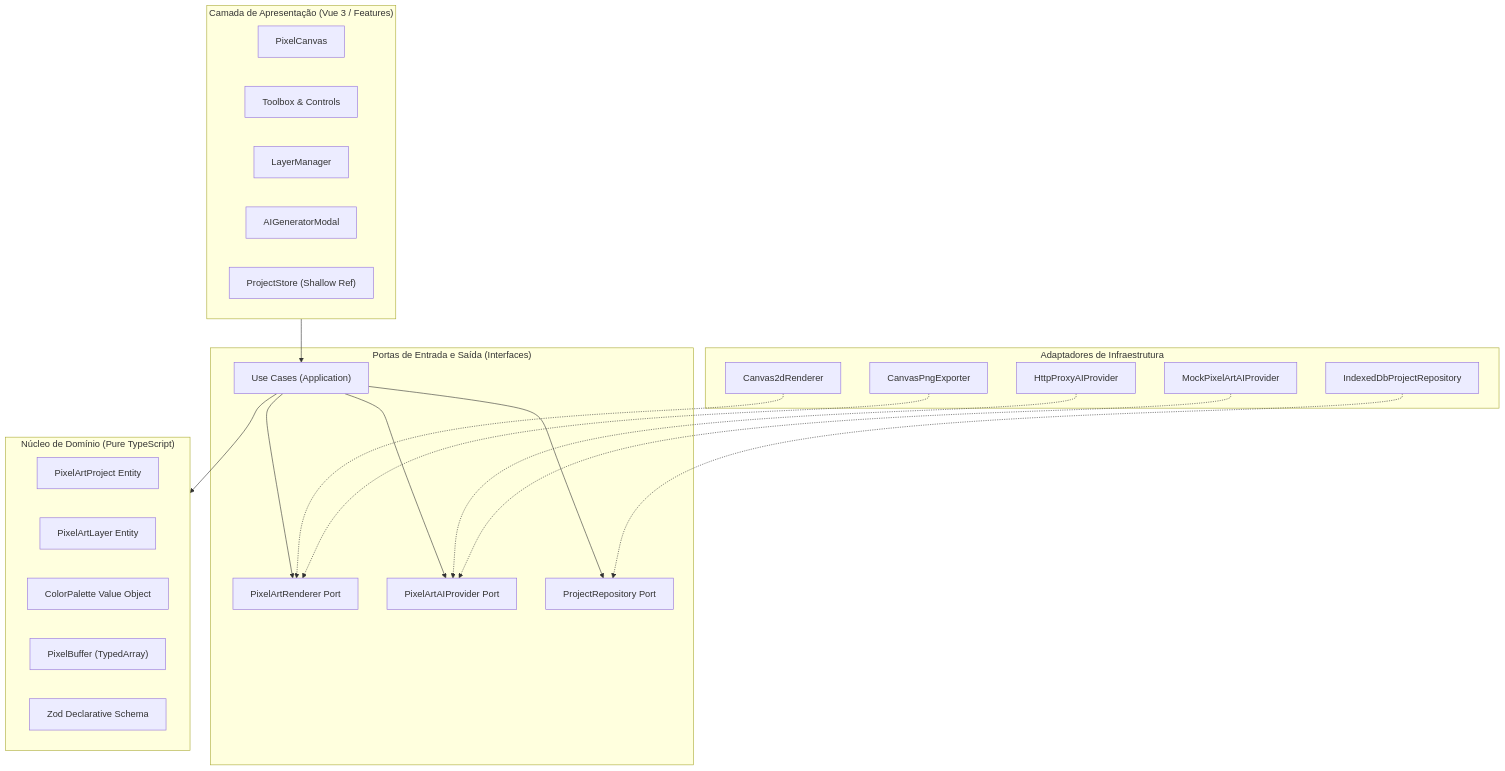
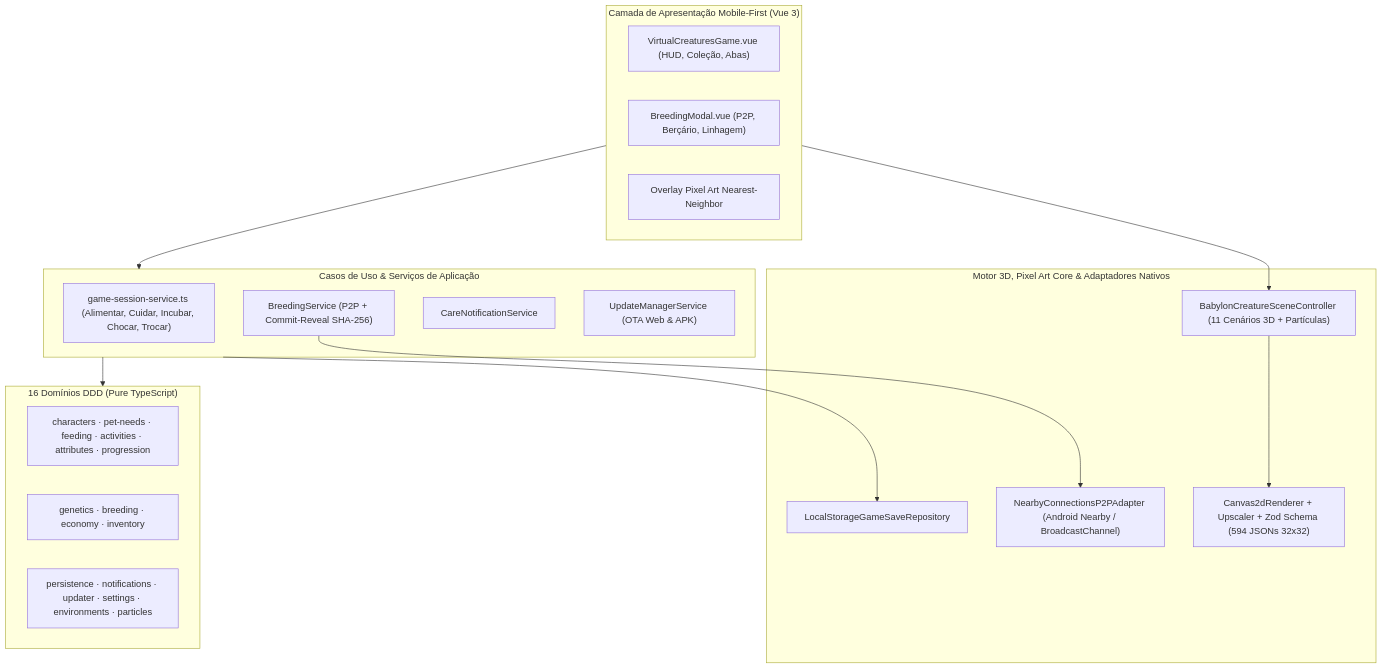
One commit to eusouanderson/PixelForge-AI changed the diagram in docs/ARCHITECTURE.md. Above: the diagram before and after it, drawn with Mermaid. The commit also changed other lines of this file and 32 other files, not shown here.

Commit message:
fix(breeding,docs,e2e): fix bred egg ownership flow, add HUD dino switcher, E2E breeding test & game docs

````diff
--- a/docs/ARCHITECTURE.md
+++ b/docs/ARCHITECTURE.md
@@ -9,44 +9,35 @@
 ```mermaid
 flowchart TD
-    subgraph UI ["Camada de Apresentação (Vue 3 / Features)"]
-        CanvasComponent["PixelCanvas"]
-        ToolbarComponent["Toolbox & Controls"]
-        LayerComponent["LayerManager"]
-        AIModal["AIGeneratorModal"]
-        AppStore["ProjectStore (Shallow Ref)"]
+    subgraph UI ["Camada de Apresentação Mobile-First (Vue 3)"]
+        GameShell["VirtualCreaturesGame.vue (HUD, Coleção, Abas)"]
+        BreedingUI["BreedingModal.vue (P2P, Berçário, Linhagem)"]
+        CanvasOverlay["Overlay Pixel Art Nearest-Neighbor"]
     end
 
-    subgraph Ports ["Portas de Entrada e Saída (Interfaces)"]
-        InPort["Use Cases (Application)"]
-        OutRendererPort["PixelArtRenderer Port"]
-        OutAIPort["PixelArtAIProvider Port"]
-        OutRepoPort["ProjectRepository Port"]
+    subgraph App ["Casos de Uso & Serviços de Aplicação"]
+        SessionUC["game-session-service.ts (Alimentar, Cuidar, Incubar, Chocar, Trocar)"]
+        BreedingSvc["BreedingService (P2P + Commit-Reveal SHA-256)"]
+        NotifSvc["CareNotificationService"]
+        UpdaterSvc["UpdateManagerService (OTA Web & APK)"]
     end
 
-    subgraph Core ["Núcleo de Domínio (Pure TypeScript)"]
-        ProjectEntity["PixelArtProject Entity"]
-        LayerEntity["PixelArtLayer Entity"]
-        PaletteValue["ColorPalette Value Object"]
-        PixelBuffer["PixelBuffer (TypedArray)"]
-        FormatSchema["Zod Declarative Schema"]
+    subgraph Domains ["16 Domínios DDD (Pure TypeScript)"]
+        CoreGame["characters · pet-needs · feeding · activities · attributes · progression"]
+        BreedingGen["genetics · breeding · economy · inventory"]
+        InfraDom["persistence · notifications · updater · settings · environments · particles"]
     end
 
-    subgraph Infra ["Adaptadores de Infraestrutura"]
-        CanvasRenderer["Canvas2dRenderer"]
-        IndexedDbRepo["IndexedDbProjectRepository"]
-        HttpAIAdapter["HttpProxyAIProvider"]
-        MockAIAdapter["MockPixelArtAIProvider"]
-        PngExporter["CanvasPngExporter"]
+    subgraph EngineAndInfra ["Motor 3D, Pixel Art Core & Adaptadores Nativos"]
+        BabylonCtrl["BabylonCreatureSceneController (11 Cenários 3D + Partículas)"]
+        PixelCore["Canvas2dRenderer + Upscaler + Zod Schema (594 JSONs 32x32)"]
+        SaveRepo["LocalStorageGameSaveRepository"]
+        NearbyNative["NearbyConnectionsP2PAdapter (Android Nearby / BroadcastChannel)"]
     end
 
-    UI --> InPort
-    InPort --> Core
-    InPort --> OutRendererPort
-    InPort --> OutAIPort
-    InPort --> OutRepoPort
-    CanvasRenderer -.-> OutRendererPort
-    IndexedDbRepo -.-> OutRepoPort
-    HttpAIAdapter -.-> OutAIPort
-    MockAIAdapter -.-> OutAIPort
-    PngExporter -.-> OutRendererPort
+    UI --> App
+    UI --> BabylonCtrl
+    App --> Domains
+    App --> SaveRepo
+    BreedingSvc --> NearbyNative
+    BabylonCtrl --> PixelCore
 ```
````
